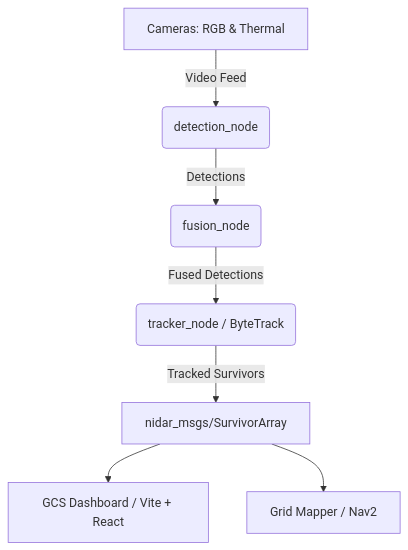
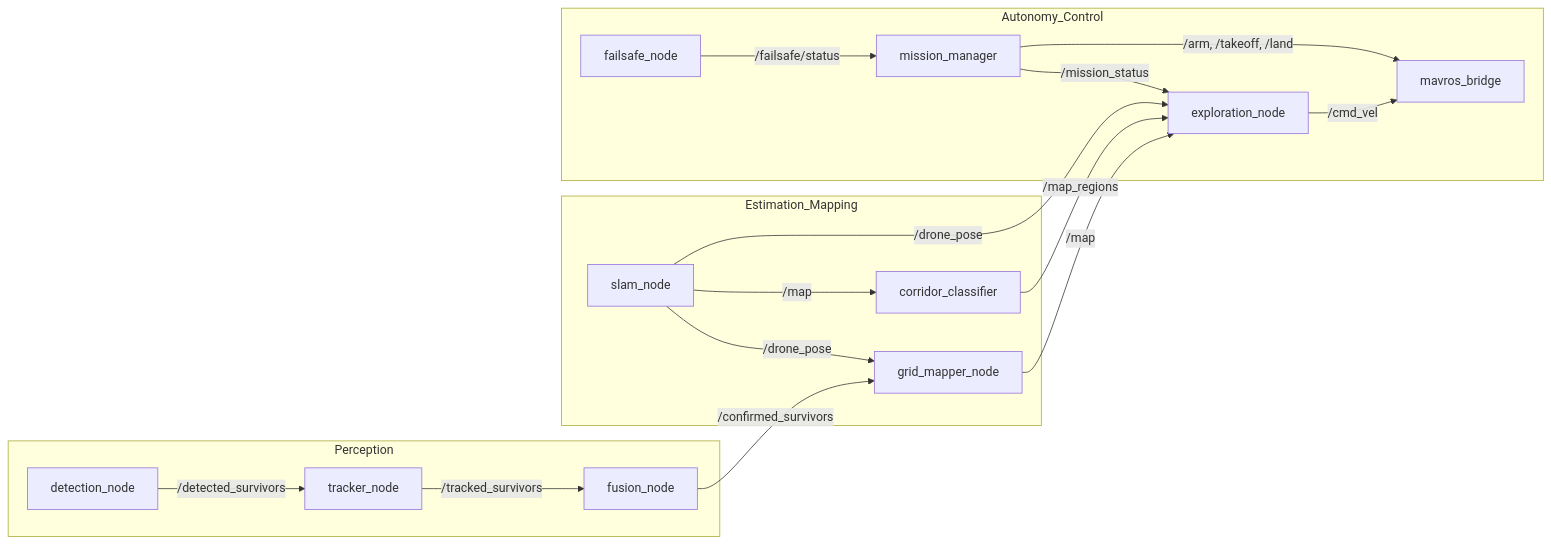
The second of 10 diagrams in README.md (suyambu-raja/NIDAR_MISSION_AIRMOUSE), drawn with Mermaid before and after one commit. The commit also changed other lines of this file and 25 other files, not shown here.

First line of the commit message:
feat(autonomy): complete NIDAR rescue software stack and audit

````diff
--- a/README.md
+++ b/README.md
@@ -11,9 +126,23 @@
 ```mermaid
-graph TD
-    A[Cameras: RGB & Thermal] -->|Video Feed| B(detection_node)
-    B -->|Detections| C(fusion_node)
-    C -->|Fused Detections| D(tracker_node / ByteTrack)
-    D -->|Tracked Survivors| E[nidar_msgs/SurvivorArray]
-    E --> F[GCS Dashboard / Vite + React]
-    E --> G[Grid Mapper / Nav2]
+flowchart LR
+    subgraph Perception
+        A[detection_node] -->|/detected_survivors| B[tracker_node]
+        B -->|/tracked_survivors| C[fusion_node]
+    end
+
+    subgraph Estimation_Mapping
+        D[slam_node] -->|/drone_pose| E[grid_mapper_node]
+        D -->|/map| F[corridor_classifier]
+        C -->|/confirmed_survivors| E
+    end
+
+    subgraph Autonomy_Control
+        E -->|/map| G[exploration_node]
+        F -->|/map_regions| G
+        D -->|/drone_pose| G
+        G -->|/cmd_vel| H[mavros_bridge]
+        I[failsafe_node] -->|/failsafe/status| J[mission_manager]
+        J -->|/mission_status| G
+        J -->|/arm, /takeoff, /land| H
+    end
 ```
````
